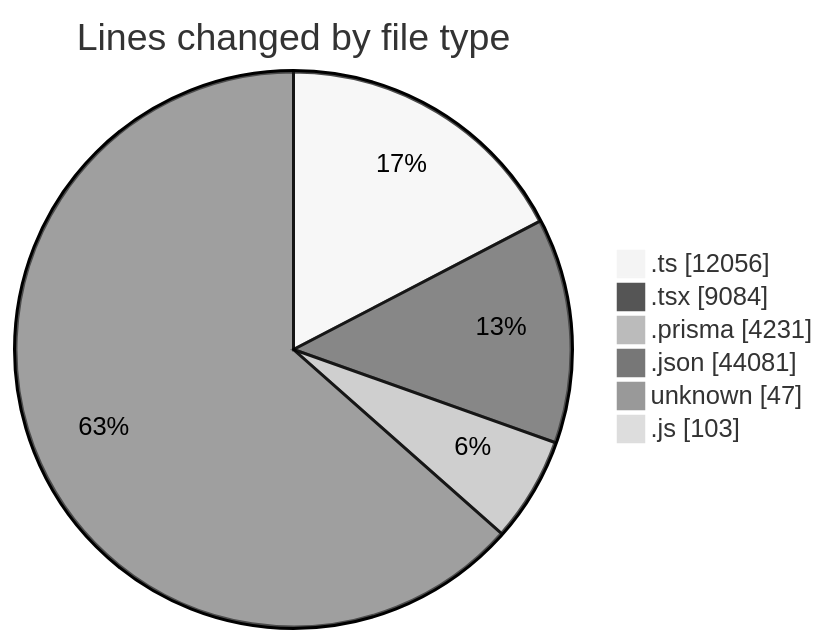
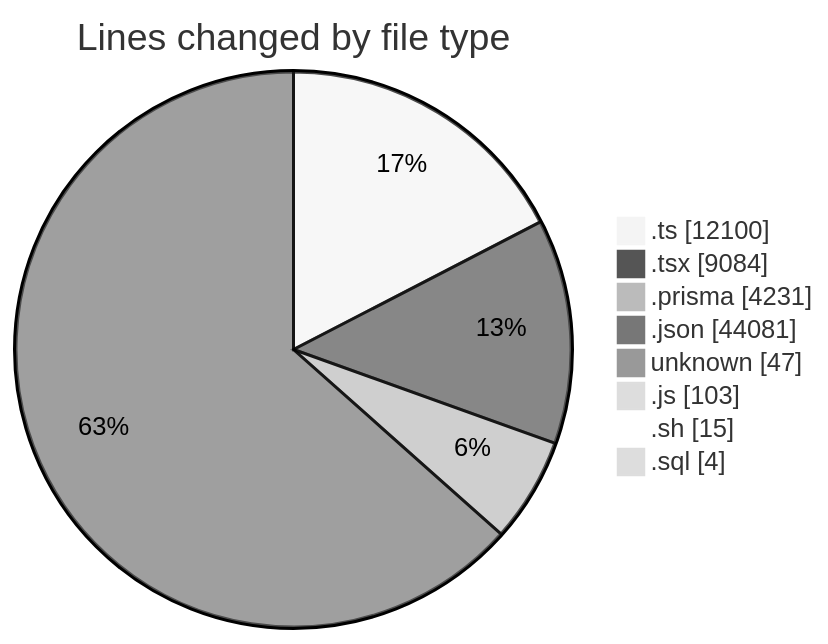
Before and after one commit to CELIANVF/code-tracking: the first of 2 diagrams in 2025-05-19/ecodeli-1/README.md, drawn with Mermaid (neutral theme). The commit also changed other lines of this file and 1 other file, not shown here.

````diff
--- a/2025-05-19/ecodeli-1/README.md
+++ b/2025-05-19/ecodeli-1/README.md
@@ -90,10 +93,12 @@
 ```mermaid
 pie showData
 title Lines changed by file type
-".ts" : 12056
+".ts" : 12100
 ".tsx" : 9084
 ".prisma" : 4231
 ".json" : 44081
 "unknown" : 47
 ".js" : 103
+".sh" : 15
+".sql" : 4
 ```
````
